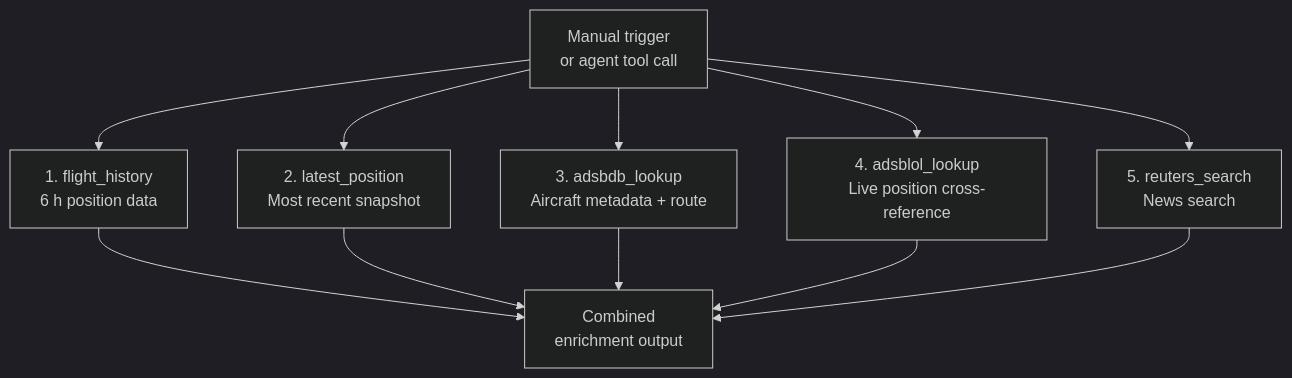
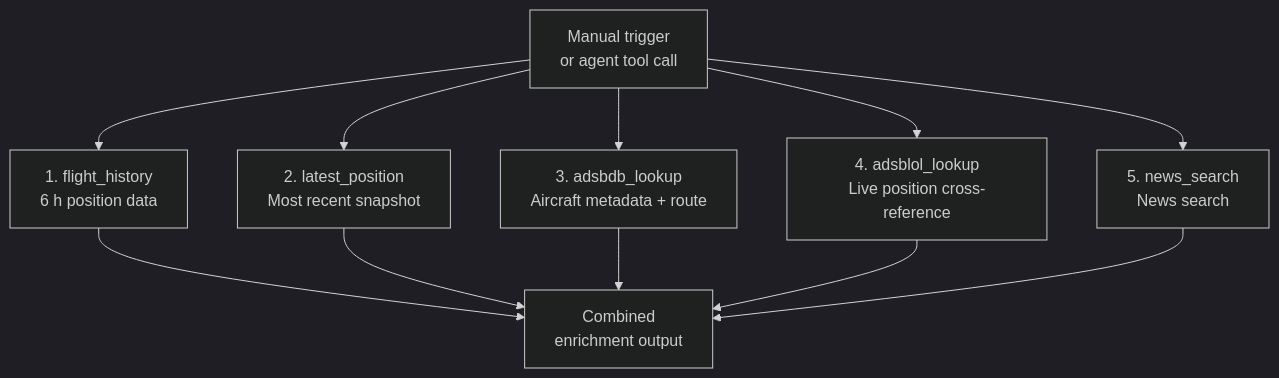
One commit to face0b1101/adsb-demo changed the fifth of 6 diagrams in elasticsearch/workflows/README.md. Above: the diagram before and after it, drawn with Mermaid (dark theme). The commit also changed other lines of this file and 9 other files, not shown here.

First line of the commit message:
fix: replace defunct Reuters API with GNews for news correlation

````diff
--- a/elasticsearch/workflows/README.md
+++ b/elasticsearch/workflows/README.md
@@ -234,14 +234,14 @@
 ```mermaid
 flowchart TD
     Trigger["Manual trigger\nor agent tool call"] --> History["1. flight_history\n6 h position data"]
     Trigger --> Latest["2. latest_position\nMost recent snapshot"]
     Trigger --> adsbdb["3. adsbdb_lookup\nAircraft metadata + route"]
     Trigger --> adsblol["4. adsblol_lookup\nLive position cross-reference"]
-    Trigger --> Reuters["5. reuters_search\nNews search"]
+    Trigger --> GNews["5. news_search\nNews search"]
 
     History --> Output["Combined\nenrichment output"]
     Latest --> Output
     adsbdb --> Output
     adsblol --> Output
-    Reuters --> Output
+    GNews --> Output
 ```
````
